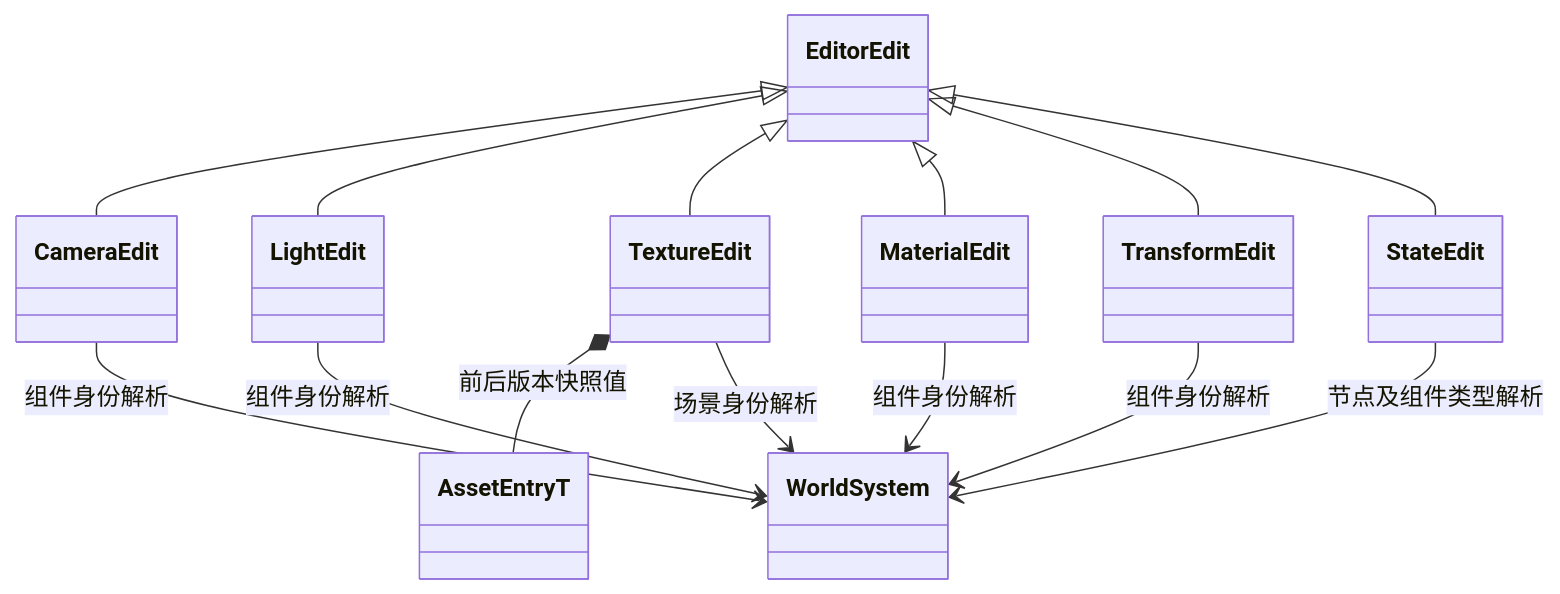
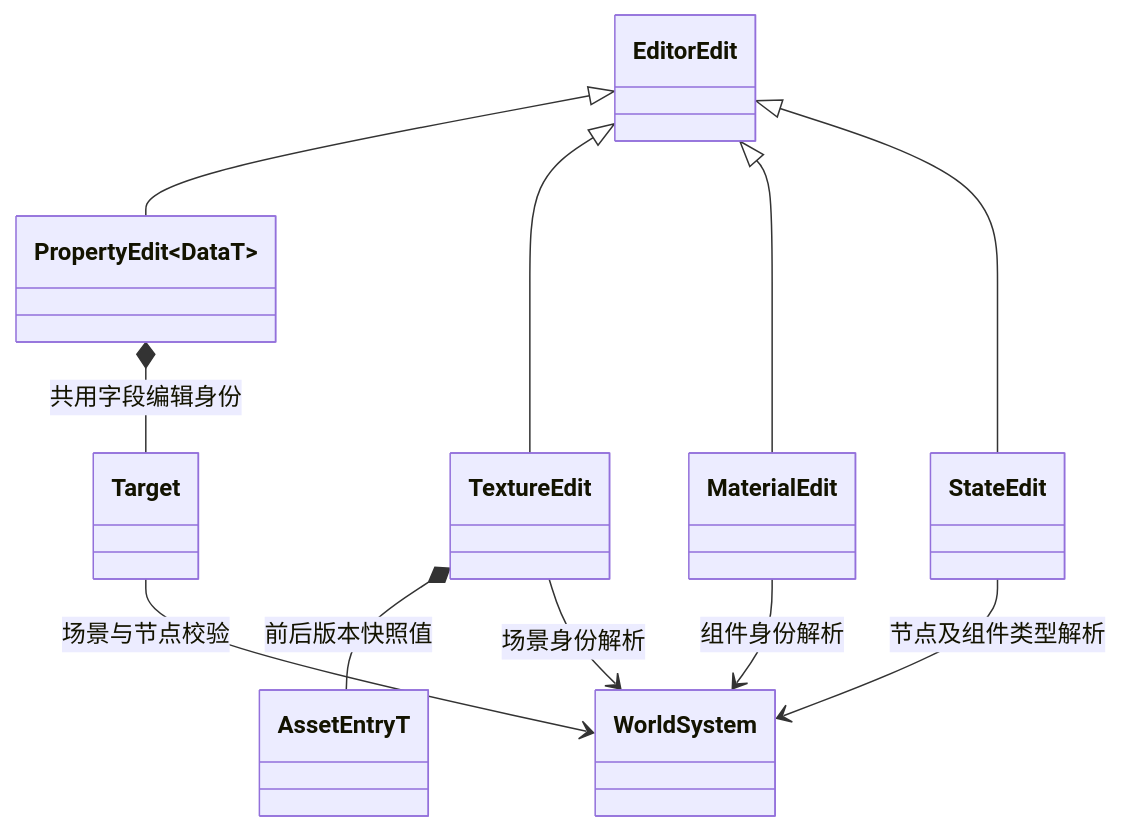
One commit to lcals/Engine changed the third of 3 diagrams in docs/editor/class-diagrams/editor-commands.md. Above: the diagram before and after it, drawn with Mermaid. The commit also changed other lines of this file and 133 other files, not shown here.

Commit message:
Simplify engine implementations under reviewed class diagrams

````diff
--- a/docs/editor/class-diagrams/editor-commands.md
+++ b/docs/editor/class-diagrams/editor-commands.md
@@ -76,25 +78,21 @@
 ```mermaid
 classDiagram
     class EditorEdit
-    class CameraEdit
-    class LightEdit
+    class PropertyEdit~DataT~
     class TextureEdit
     class MaterialEdit
-    class TransformEdit
     class StateEdit
     class AssetEntryT
     class WorldSystem
-    EditorEdit <|-- CameraEdit
-    EditorEdit <|-- LightEdit
+    EditorEdit <|-- PropertyEdit~DataT~
     EditorEdit <|-- TextureEdit
     EditorEdit <|-- MaterialEdit
-    EditorEdit <|-- TransformEdit
     EditorEdit <|-- StateEdit
     TextureEdit *-- AssetEntryT : 前后版本快照值
     TextureEdit --> WorldSystem : 场景身份解析
-    CameraEdit --> WorldSystem : 组件身份解析
-    LightEdit --> WorldSystem : 组件身份解析
+    class Target
+    PropertyEdit~DataT~ *-- Target : 共用字段编辑身份
+    Target --> WorldSystem : 场景与节点校验
     MaterialEdit --> WorldSystem : 组件身份解析
-    TransformEdit --> WorldSystem : 组件身份解析
     StateEdit --> WorldSystem : 节点及组件类型解析
 ```
````
